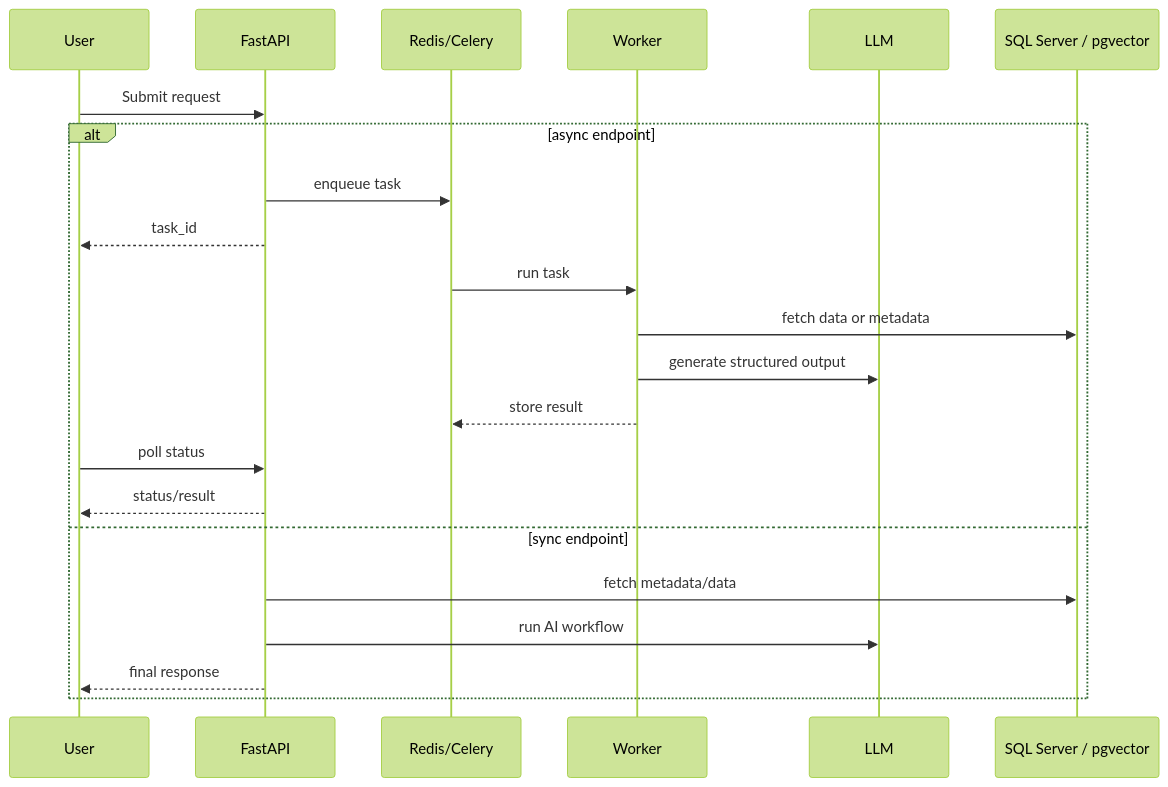
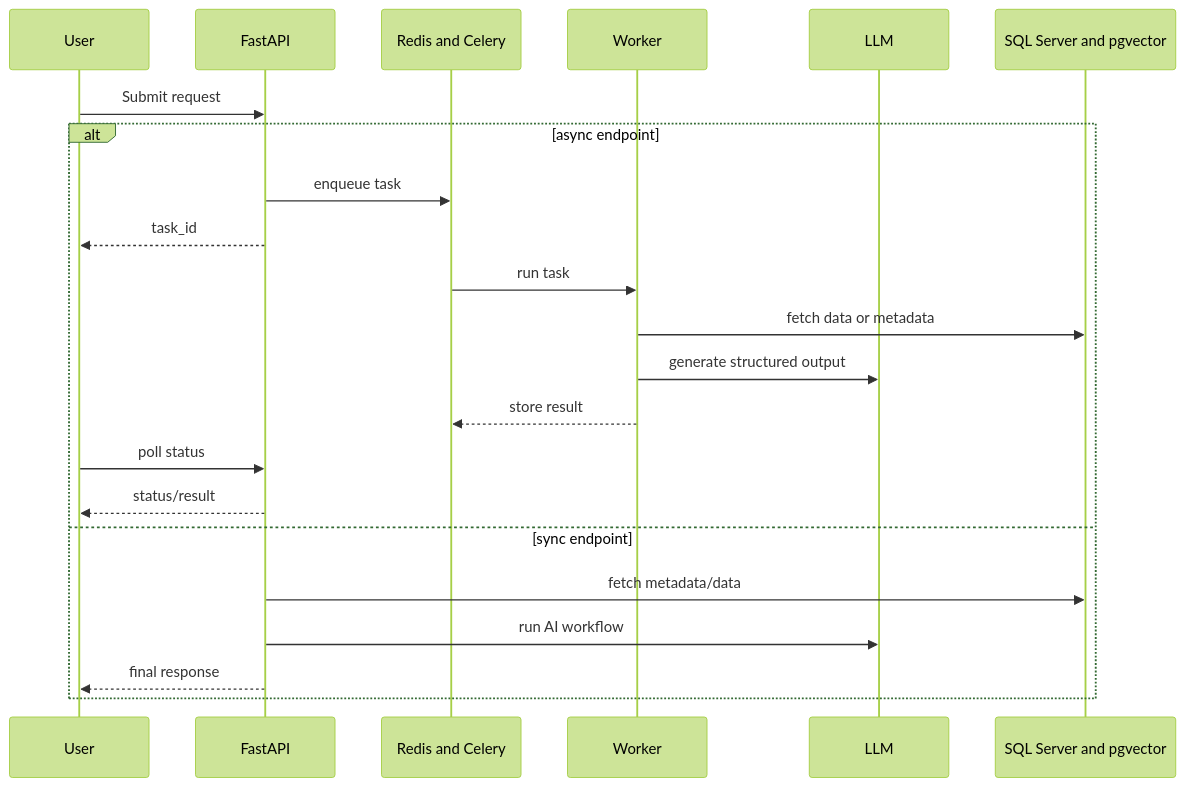
Before and after one commit to RecoMind-Company/RecoMind-AI: the second of 11 diagrams in README.md, drawn with Mermaid (forest theme). The commit also changed other lines of this file and 12 other files, not shown here.

````diff
--- a/README.md
+++ b/README.md
@@ -111,25 +141,25 @@
 ```mermaid
 sequenceDiagram
     participant User
     participant API as FastAPI
-    participant Queue as Redis/Celery
+    participant Queue as Redis and Celery
     participant Worker
     participant LLM as LLM
-    participant DB as SQL Server / pgvector
+    participant DB as SQL Server and pgvector
 
     User->>API: Submit request
     alt async endpoint
         API->>Queue: enqueue task
         API-->>User: task_id
         Queue->>Worker: run task
         Worker->>DB: fetch data or metadata
         Worker->>LLM: generate structured output
         Worker-->>Queue: store result
         User->>API: poll status
         API-->>User: status/result
     else sync endpoint
         API->>DB: fetch metadata/data
         API->>LLM: run AI workflow
         API-->>User: final response
     end
 ```
````
